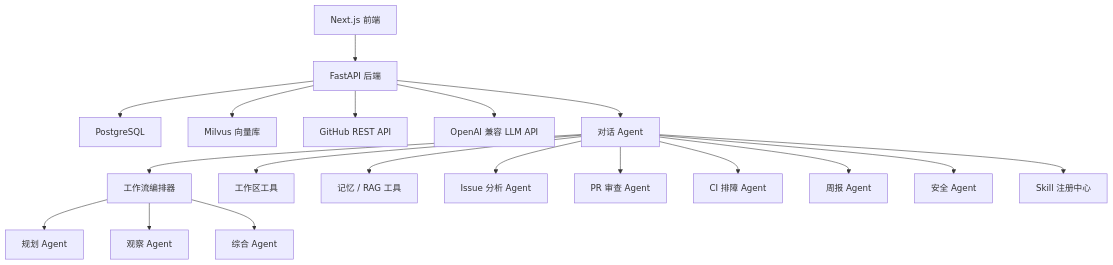
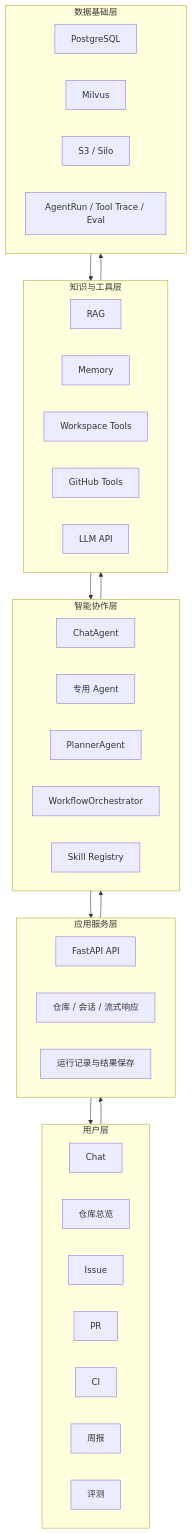
The second of 6 diagrams in README.md (ljy-0105/DevFlow-AI), drawn with Mermaid before and after one commit. The commit also changed other lines of this file, not shown here.

Commit message:
docs: document end-to-end request architecture

````diff
--- a/README.md
+++ b/README.md
@@ -28,21 +37,50 @@
 ```mermaid
-flowchart TD
-    FE["Next.js 前端"] --> API["FastAPI 后端"]
-    API --> DB["PostgreSQL"]
-    API --> Milvus["Milvus 向量库"]
-    API --> GH["GitHub REST API"]
-    API --> LLM["OpenAI 兼容 LLM API"]
-    API --> Conv["对话 Agent"]
-    Conv --> Workflow["工作流编排器"]
-    Workflow --> Planner["规划 Agent"]
-    Workflow --> Observer["观察 Agent"]
-    Workflow --> Synthesis["综合 Agent"]
-    Conv --> Workspace["工作区工具"]
-    Conv --> Memory["记忆 / RAG 工具"]
-    Conv --> Issue["Issue 分析 Agent"]
-    Conv --> PR["PR 审查 Agent"]
-    Conv --> CI["CI 排障 Agent"]
-    Conv --> Report["周报 Agent"]
-    Conv --> Safety["安全 Agent"]
-    Conv --> Skills["Skill 注册中心"]
+flowchart TB
+    subgraph U["用户层"]
+        Chat["Chat"]
+        Repo["仓库总览"]
+        IssueUI["Issue"]
+        PRUI["PR"]
+        CIUI["CI"]
+        ReportUI["周报"]
+        EvalUI["评测"]
+    end
+
+    subgraph API["应用服务层"]
+        FastAPI["FastAPI API"]
+        Session["仓库 / 会话 / 流式响应"]
+        Persist["运行记录与结果保存"]
+    end
+
+    subgraph Agent["智能协作层"]
+        ChatAgent["ChatAgent"]
+        Specialized["专用 Agent"]
+        Planner["PlannerAgent"]
+        Orchestrator["WorkflowOrchestrator"]
+        Skills["Skill Registry"]
+    end
+
+    subgraph Tools["知识与工具层"]
+        RAG["RAG"]
+        Memory["Memory"]
+        Workspace["Workspace Tools"]
+        GitHub["GitHub Tools"]
+        LLM["LLM API"]
+    end
+
+    subgraph Data["数据基础层"]
+        PostgreSQL["PostgreSQL"]
+        Milvus["Milvus"]
+        ObjectStore["S3 / Silo"]
+        Runtime["AgentRun / Tool Trace / Eval"]
+    end
+
+    U --> API
+    API --> Agent
+    Agent --> Tools
+    Tools --> Data
+    Data --> Tools
+    Tools --> Agent
+    Agent --> API
+    API --> U
 ```
````
